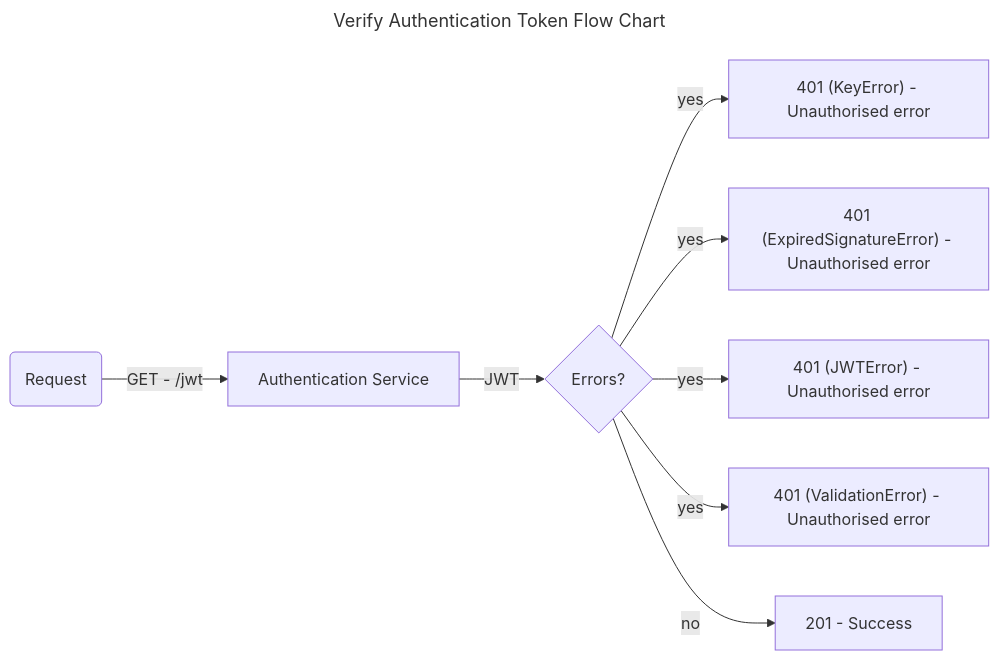
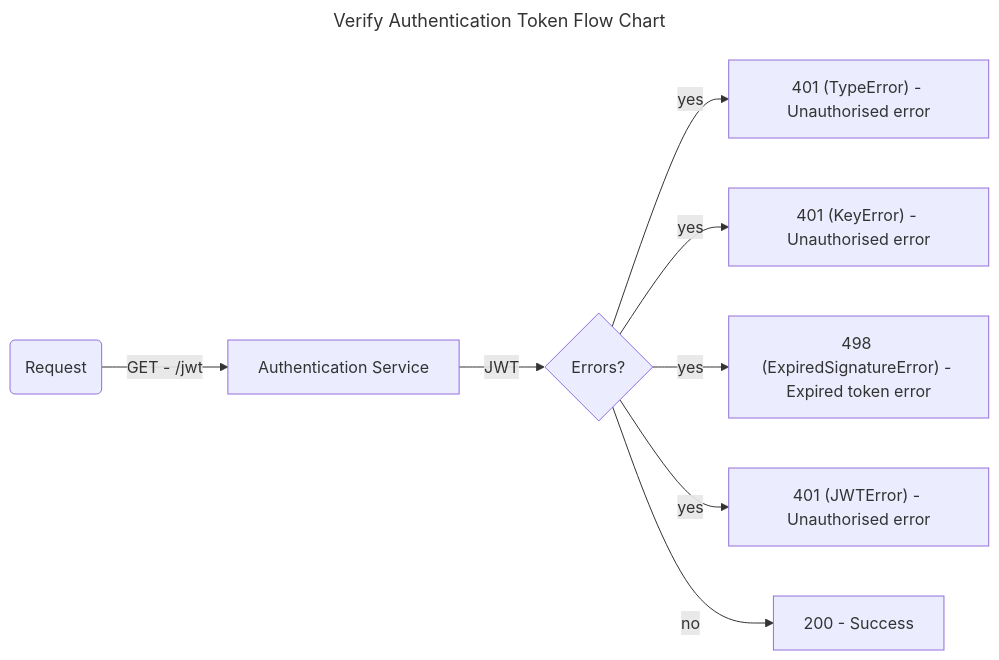
Before and after one commit to darrylmorton/ct-iot-authentication-service: the second of 2 diagrams in docs/DIAGRAMS.md, drawn with Mermaid. The commit also changed other lines of this file and 10 other files, not shown here.

````diff
--- a/docs/DIAGRAMS.md
+++ b/docs/DIAGRAMS.md
@@ -16,14 +15,14 @@
 ```mermaid
 ---
 title: Verify Authentication Token Flow Chart
 ---
 
 flowchart LR
     HttpRequest(Request) -->|GET - /jwt| AuthenticationService[Authentication Service]
     AuthenticationService -->|JWT| Errors{Errors?}
+    Errors -->|yes| TypeError["401 (TypeError) - Unauthorised error"]
     Errors -->|yes| KeyError["401 (KeyError) - Unauthorised error"]
-    Errors -->|yes| ExpiredSignatureError["401 (ExpiredSignatureError) - Unauthorised error"]
+    Errors -->|yes| ExpiredSignatureError["498 (ExpiredSignatureError) - Expired token error"]
     Errors -->|yes| JWTError["401 (JWTError) - Unauthorised error"]
-    Errors -->|yes| ValidationError["401 (ValidationError) - Unauthorised error"]
-    Errors -->|no| SuccessResponse[201 - Success]
+    Errors -->|no| SuccessResponse[200 - Success]
 ```
````
